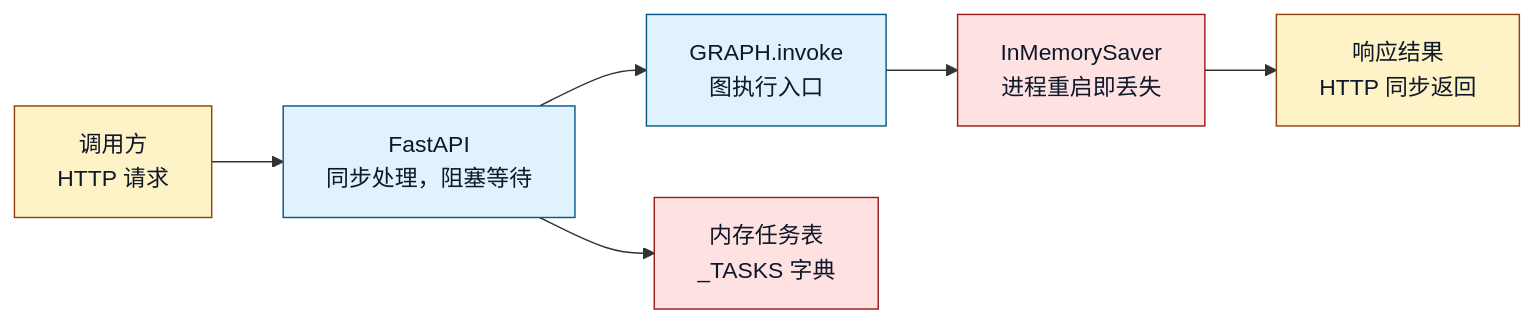
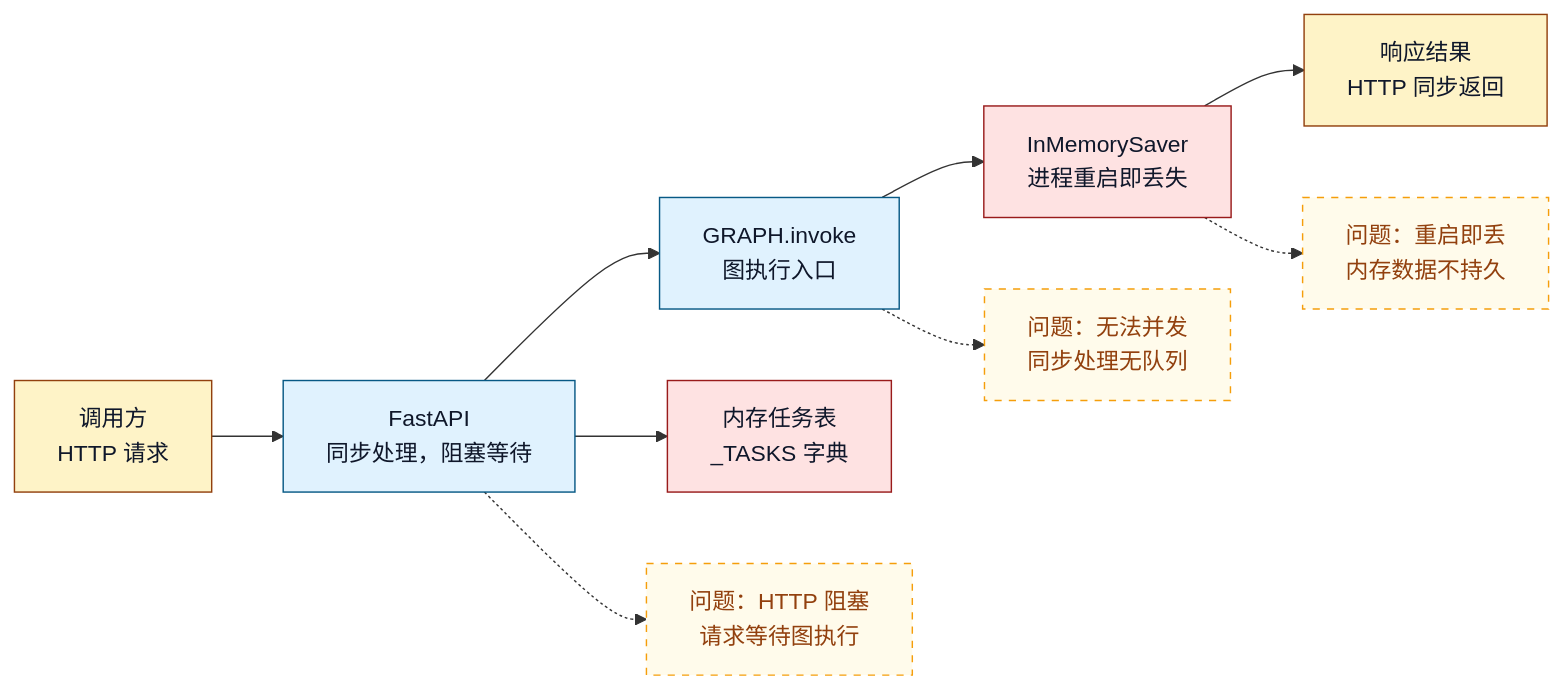
Before and after one commit to sealzrt/2026-08--agent: the sixth of 13 diagrams in ai-agent学习/06.LangGraph入门/16.LangGraph业务落地项目架构.md, drawn with Mermaid. The commit also changed other lines of this file and 95 other files, not shown here.

````diff
--- a/ai-agent学习/06.LangGraph入门/16.LangGraph业务落地项目架构.md
+++ b/ai-agent学习/06.LangGraph入门/16.LangGraph业务落地项目架构.md
@@ -212,14 +239,19 @@
 ```mermaid
 flowchart LR
     Caller["调用方<br/>HTTP 请求"] --> FastAPI["FastAPI<br/>同步处理，阻塞等待"]
     FastAPI --> Invoke["GRAPH.invoke<br/>图执行入口"]
     Invoke --> Saver["InMemorySaver<br/>进程重启即丢失"]
     Saver --> Result["响应结果<br/>HTTP 同步返回"]
     FastAPI --> Tasks["内存任务表<br/>_TASKS 字典"]
+    FastAPI -.-> P1["问题：HTTP 阻塞<br/>请求等待图执行"]
+    Saver -.-> P2["问题：重启即丢<br/>内存数据不持久"]
+    Invoke -.-> P3["问题：无法并发<br/>同步处理无队列"]
     classDef biz fill:#fef3c7,stroke:#92400e,color:#0f172a
     classDef core fill:#e0f2fe,stroke:#075985,color:#0f172a
     classDef warn fill:#fee2e2,stroke:#991b1b,color:#0f172a
+    classDef note fill:#fffbeb,stroke:#f59e0b,color:#92400e,stroke-dasharray:5 5
     class Caller,Result biz
     class FastAPI,Invoke core
     class Saver,Tasks warn
+    class P1,P2,P3 note
 ```
````
